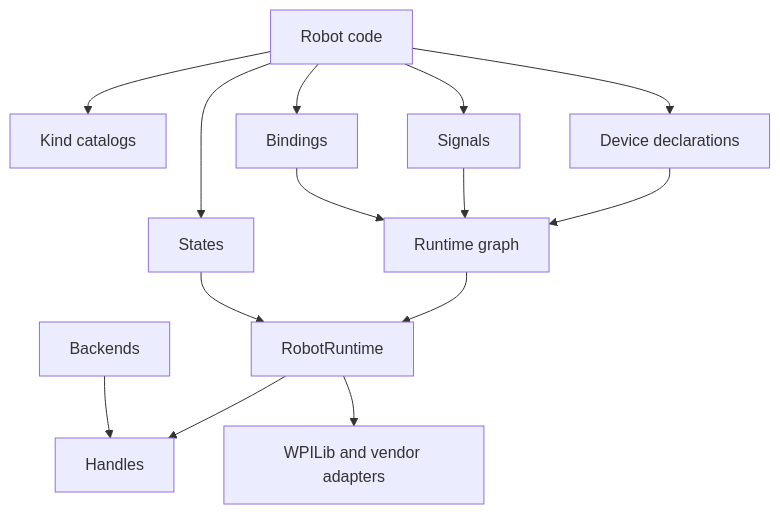
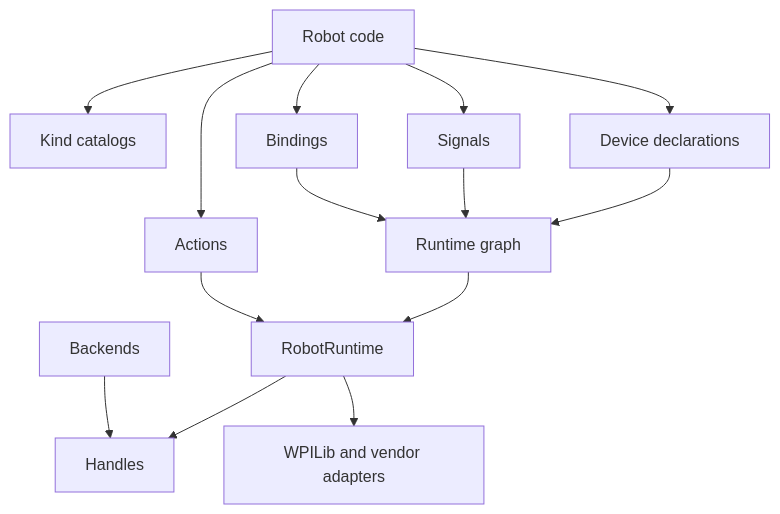
One commit to FRC-6390/FRC-Athena changed the diagram in docs/2027-api-landscape.md. Above: the diagram before and after it, drawn with Mermaid. The commit also changed other lines of this file and 205 other files, not shown here.

````diff
--- a/docs/2027-api-landscape.md
+++ b/docs/2027-api-landscape.md
@@ -54,28 +54,28 @@
 ```mermaid
 flowchart TD
     Robot["Robot code"]
     Kinds["Kind catalogs"]
     Devices["Device declarations"]
     Signals["Signals"]
     Bindings["Bindings"]
-    States["States"]
+    Actions["Actions"]
     Graph["Runtime graph"]
     Runtime["RobotRuntime"]
     Handles["Handles"]
     Backend["Backends"]
     Adapter["WPILib and vendor adapters"]
 
     Robot --> Kinds
     Robot --> Devices
     Robot --> Signals
     Robot --> Bindings
-    Robot --> States
+    Robot --> Actions
     Devices --> Graph
     Signals --> Graph
     Bindings --> Graph
     Graph --> Runtime
-    States --> Runtime
+    Actions --> Runtime
     Runtime --> Handles
     Backend --> Handles
     Runtime --> Adapter
 ```
````
